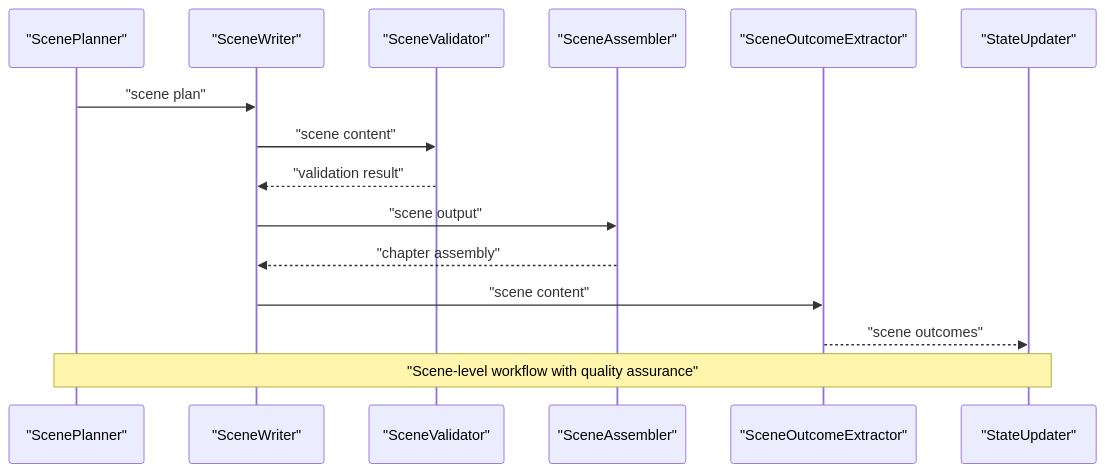
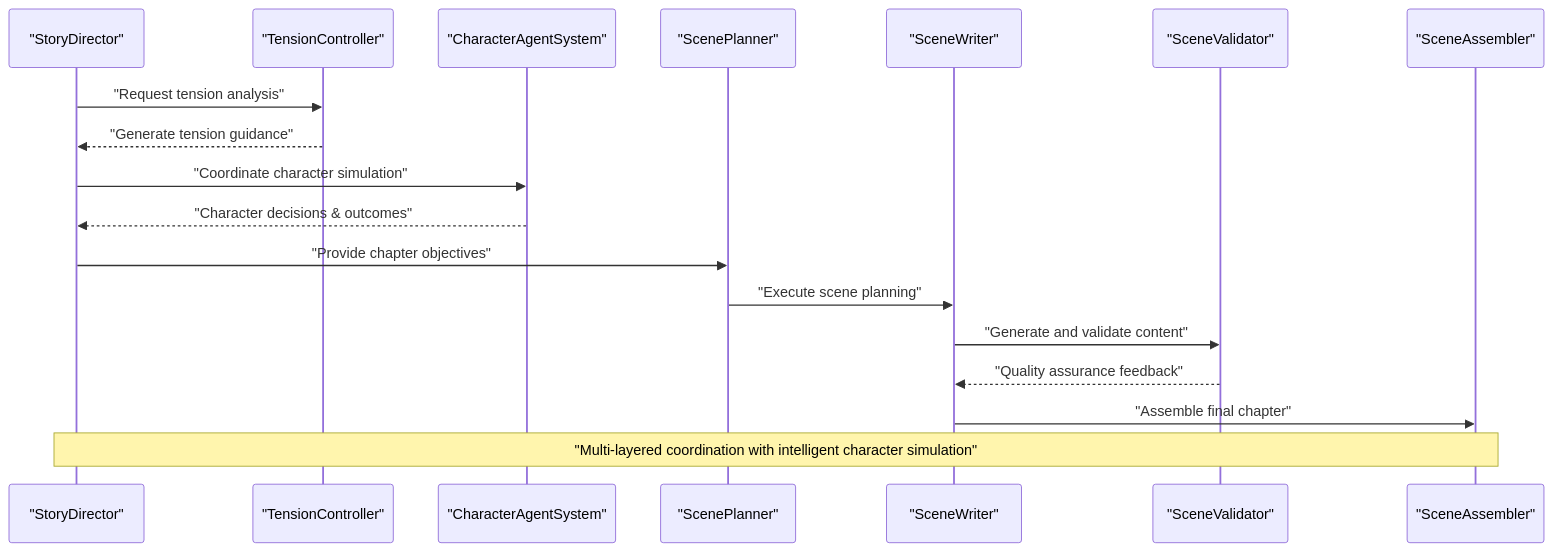
One commit to liwonder/NARRITIVE_OS changed the second of 2 diagrams in .qoder/repowiki/en/content/AI Agent System/AI Agent System.md. Above: the diagram before and after it, drawn with Mermaid. The commit also changed other lines of this file and 12 other files, not shown here.

````diff
--- a/.qoder/repowiki/en/content/AI Agent System/AI Agent System.md
+++ b/.qoder/repowiki/en/content/AI Agent System/AI Agent System.md
@@ -109,17 +111,20 @@
 ```mermaid
 sequenceDiagram
+participant Director as "StoryDirector"
+participant Tension as "TensionController"
+participant Character as "CharacterAgentSystem"
 participant Planner as "ScenePlanner"
 participant Writer as "SceneWriter"
 participant Validator as "SceneValidator"
 participant Assembler as "SceneAssembler"
-participant Outcome as "SceneOutcomeExtractor"
-participant State as "StateUpdater"
-Planner->>Writer : "scene plan"
-Writer->>Validator : "scene content"
-Validator-->>Writer : "validation result"
-Writer->>Assembler : "scene output"
-Assembler-->>Writer : "chapter assembly"
-Writer->>Outcome : "scene content"
-Outcome-->>State : "scene outcomes"
-Note over Planner,State : "Scene-level workflow with quality assurance"
+Director->>Tension : "Request tension analysis"
+Tension-->>Director : "Generate tension guidance"
+Director->>Character : "Coordinate character simulation"
+Character-->>Director : "Character decisions & outcomes"
+Director->>Planner : "Provide chapter objectives"
+Planner->>Writer : "Execute scene planning"
+Writer->>Validator : "Generate and validate content"
+Validator-->>Writer : "Quality assurance feedback"
+Writer->>Assembler : "Assemble final chapter"
+Note over Director,Assembler : "Multi-layered coordination with intelligent character simulation"
 ```
````
